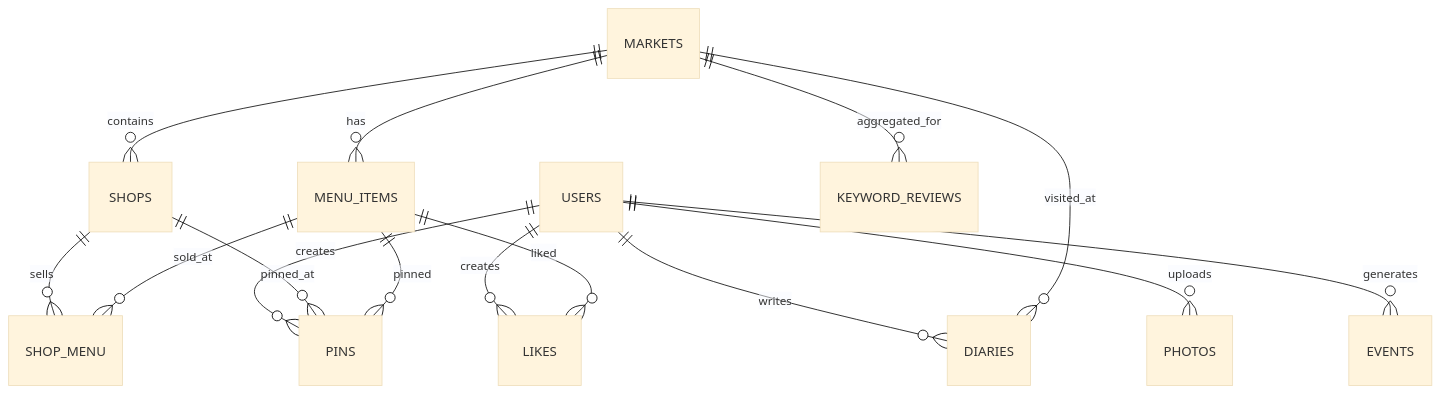
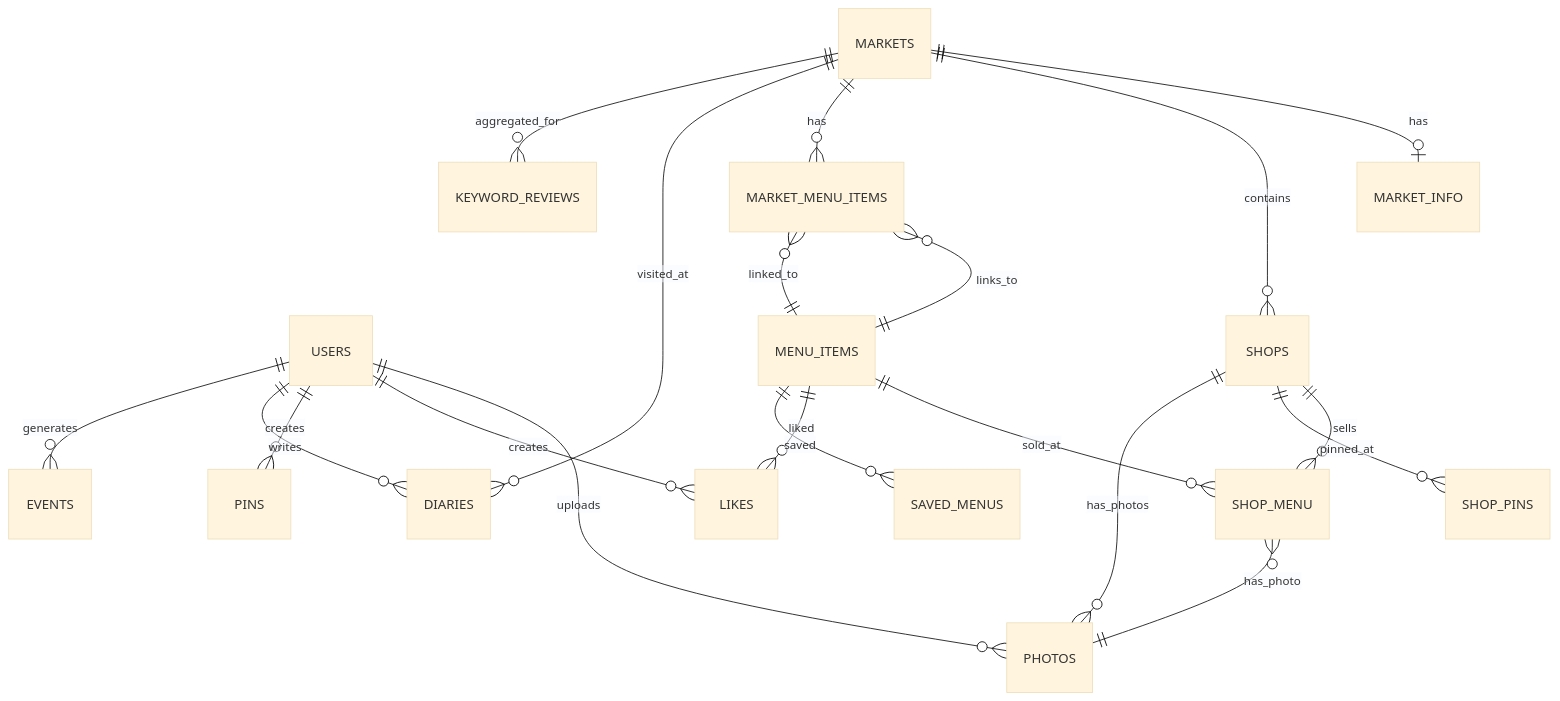
Before and after one commit to WoongHeeHee/DX_project: the seventh of 7 diagrams in backend/SYSTEM_ARCHITECTURE.md, drawn with Mermaid (base theme). The commit also changed other lines of this file and 136 other files, not shown here.

````diff
--- a/backend/SYSTEM_ARCHITECTURE.md
+++ b/backend/SYSTEM_ARCHITECTURE.md
@@ -644,20 +736,27 @@
 ```mermaid
 erDiagram
     USERS ||--o{ PHOTOS : uploads
     USERS ||--o{ LIKES : creates
     USERS ||--o{ PINS : creates
     USERS ||--o{ DIARIES : writes
     USERS ||--o{ EVENTS : generates
     
+    MARKETS ||--o| MARKET_INFO : has
     MARKETS ||--o{ SHOPS : contains
-    MARKETS ||--o{ MENU_ITEMS : has
+    MARKETS ||--o{ MARKET_MENU_ITEMS : has
     MARKETS ||--o{ DIARIES : visited_at
     MARKETS ||--o{ KEYWORD_REVIEWS : aggregated_for
     
+    MARKET_MENU_ITEMS }o--|| MENU_ITEMS : links_to
+    
     SHOPS ||--o{ SHOP_MENU : sells
-    SHOPS ||--o{ PINS : pinned_at
+    SHOPS ||--o{ SHOP_PINS : pinned_at
+    SHOPS ||--o{ PHOTOS : has_photos
     
+    MENU_ITEMS ||--o{ MARKET_MENU_ITEMS : linked_to
     MENU_ITEMS ||--o{ SHOP_MENU : sold_at
     MENU_ITEMS ||--o{ LIKES : liked
-    MENU_ITEMS ||--o{ PINS : pinned
+    MENU_ITEMS ||--o{ SAVED_MENUS : saved
+    
+    SHOP_MENU }o--|| PHOTOS : has_photo
 ```
````
